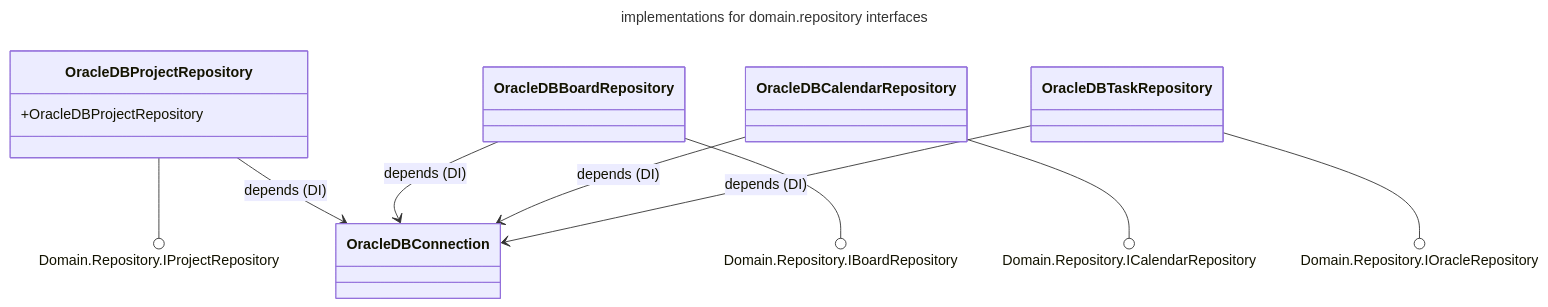
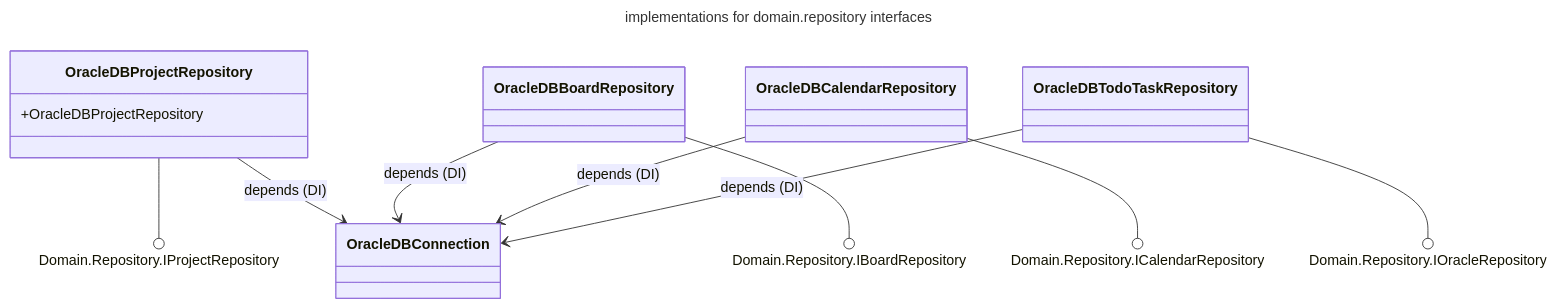
One commit to tadeas223/todo_list changed the diagram in docs/uml/Data/Repository.md. Above: the diagram before and after it, drawn with Mermaid. The commit also changed 7 other files, not shown here.

````diff
--- a/docs/uml/Data/Repository.md
+++ b/docs/uml/Data/Repository.md
@@ -1,33 +1,33 @@
 ```mermaid
 ---
 title: implementations for domain.repository interfaces
 ---
 classDiagram
 direction TB
 
     class OracleDBConnection
 
     class OracleDBProjectRepository
     class OracleDBBoardRepository
     class OracleDBCalendarRepository
-    class OracleDBTaskRepository
+    class OracleDBTodoTaskRepository
     
     OracleDBProjectRepository --() Domain.Repository.IProjectRepository
     OracleDBBoardRepository --() Domain.Repository.IBoardRepository
     OracleDBCalendarRepository --() Domain.Repository.ICalendarRepository
-    OracleDBTaskRepository --() Domain.Repository.IOracleRepository
+    OracleDBTodoTaskRepository --() Domain.Repository.IOracleRepository
     
     OracleDBProjectRepository --> OracleDBConnection: depends (DI)
     OracleDBBoardRepository --> OracleDBConnection: depends (DI)
     OracleDBCalendarRepository --> OracleDBConnection: depends (DI)
-    OracleDBTaskRepository --> OracleDBConnection: depends (DI)
+    OracleDBTodoTaskRepository --> OracleDBConnection: depends (DI)
 
     class OracleDBProjectRepository {
         +OracleDBProjectRepository
     }
 
     class OracleDBBoardRepository
     class OracleDBCalendarRepository
-    class OracleDBTaskRepository
+    class OracleDBTodoTaskRepository
 
 ```
````
